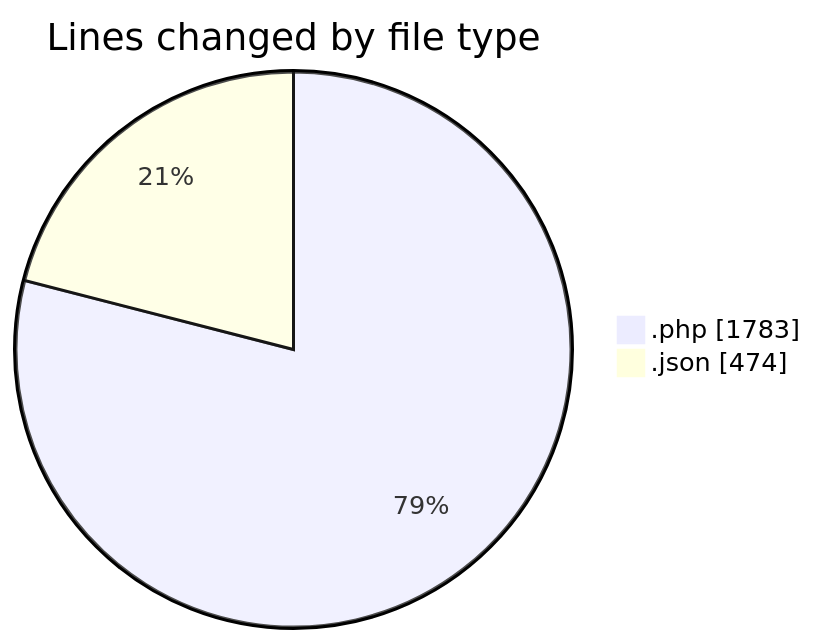
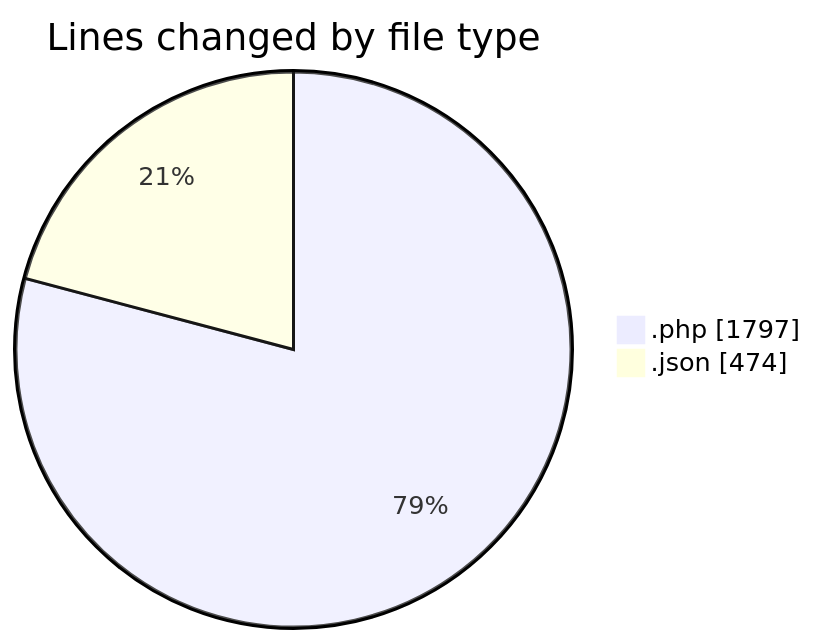
One commit to idhammustaqopulfikri/code-tracking changed the first of 2 diagrams in 2025-06-22/studio-backend/README.md. Above: the diagram before and after it, drawn with Mermaid. The commit also changed other lines of this file and 1 other file, not shown here.

````diff
--- a/2025-06-22/studio-backend/README.md
+++ b/2025-06-22/studio-backend/README.md
@@ -28,6 +28,6 @@
 ```mermaid
 pie showData
 title Lines changed by file type
-".php" : 1783
+".php" : 1797
 ".json" : 474
 ```
````
